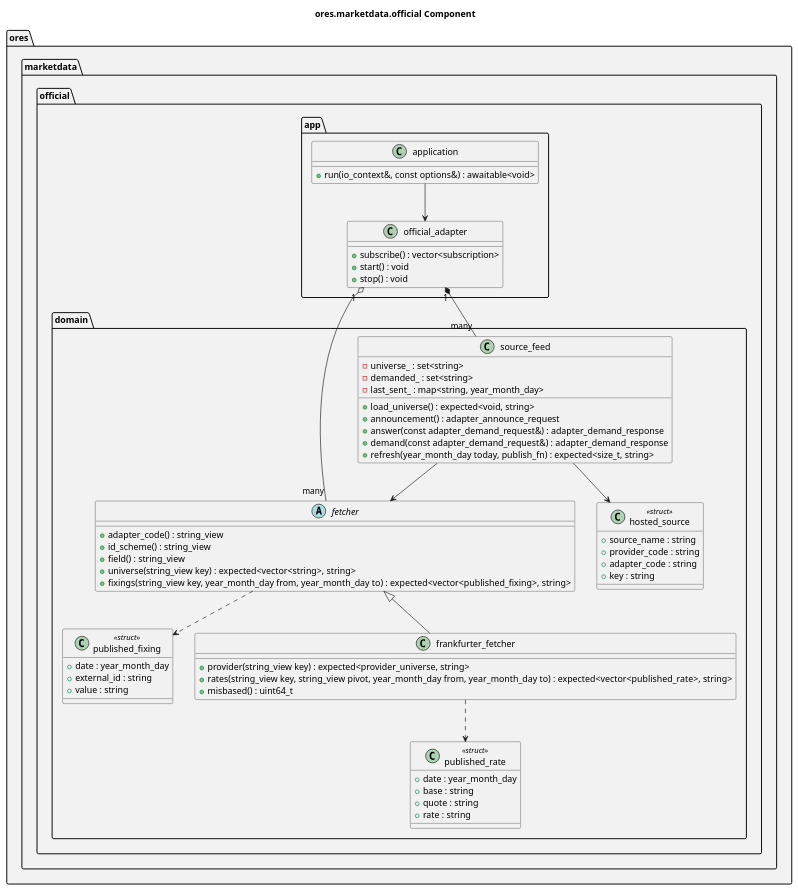
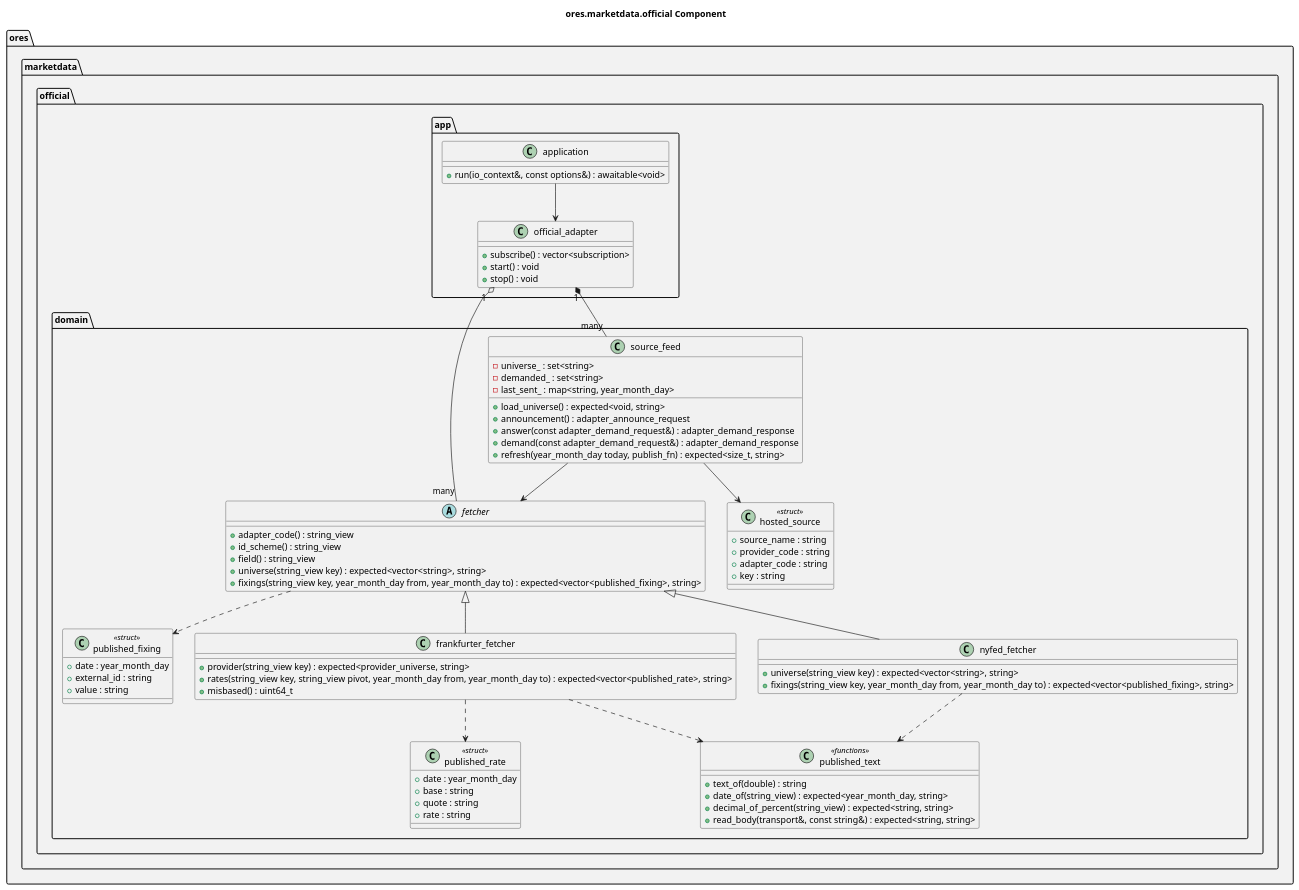
One commit to OreStudio/OreStudio changed the diagram in projects/ores.marketdata/official/modeling/ores.marketdata.official.puml. Above: the diagram before and after it, drawn with PlantUML. The commit also changed 4 other files, not shown here.

```diff
--- a/projects/ores.marketdata/official/modeling/ores.marketdata.official.puml
+++ b/projects/ores.marketdata/official/modeling/ores.marketdata.official.puml
@@ -18,83 +18,98 @@
 @startuml
 
 title ores.marketdata.official Component
 
 set namespaceSeparator ::
 
 namespace ores #F2F2F2 {
     namespace marketdata #F2F2F2 {
         namespace official #F2F2F2 {
             namespace domain #F2F2F2 {
                 class published_fixing <<struct>> {
                     +date : year_month_day
                     +external_id : string
                     +value : string
                 }
 
                 class hosted_source <<struct>> {
                     +source_name : string
                     +provider_code : string
                     +adapter_code : string
                     +key : string
                 }
 
                 abstract class fetcher {
                     +adapter_code() : string_view
                     +id_scheme() : string_view
                     +field() : string_view
                     +universe(string_view key) : expected<vector<string>, string>
                     +fixings(string_view key, year_month_day from, year_month_day to) : expected<vector<published_fixing>, string>
                 }
 
                 class published_rate <<struct>> {
                     +date : year_month_day
                     +base : string
                     +quote : string
                     +rate : string
                 }
 
                 class frankfurter_fetcher {
                     +provider(string_view key) : expected<provider_universe, string>
                     +rates(string_view key, string_view pivot, year_month_day from, year_month_day to) : expected<vector<published_rate>, string>
                     +misbased() : uint64_t
                 }
 
+                class nyfed_fetcher {
+                    +universe(string_view key) : expected<vector<string>, string>
+                    +fixings(string_view key, year_month_day from, year_month_day to) : expected<vector<published_fixing>, string>
+                }
+
+                class published_text <<functions>> {
+                    +text_of(double) : string
+                    +date_of(string_view) : expected<year_month_day, string>
+                    +decimal_of_percent(string_view) : expected<string, string>
+                    +read_body(transport&, const string&) : expected<string, string>
+                }
+
                 class source_feed {
                     -universe_ : set<string>
                     -demanded_ : set<string>
                     -last_sent_ : map<string, year_month_day>
                     +load_universe() : expected<void, string>
                     +announcement() : adapter_announce_request
                     +answer(const adapter_demand_request&) : adapter_demand_response
                     +demand(const adapter_demand_request&) : adapter_demand_response
                     +refresh(year_month_day today, publish_fn) : expected<size_t, string>
                 }
 
                 fetcher <|-- frankfurter_fetcher
+                fetcher <|-- nyfed_fetcher
+                frankfurter_fetcher ..> published_text
+                nyfed_fetcher ..> published_text
                 source_feed --> hosted_source
                 source_feed --> fetcher
                 fetcher ..> published_fixing
                 frankfurter_fetcher ..> published_rate
             }
 
             namespace app #F2F2F2 {
                 class official_adapter {
                     +subscribe() : vector<subscription>
                     +start() : void
                     +stop() : void
                 }
 
                 class application {
                     +run(io_context&, const options&) : awaitable<void>
                 }
 
                 application --> official_adapter
                 official_adapter "1" *-- "many" ores::marketdata::official::domain::source_feed
                 official_adapter "1" o-- "many" ores::marketdata::official::domain::fetcher
             }
         }
     }
 }
 
 
 @enduml
```
